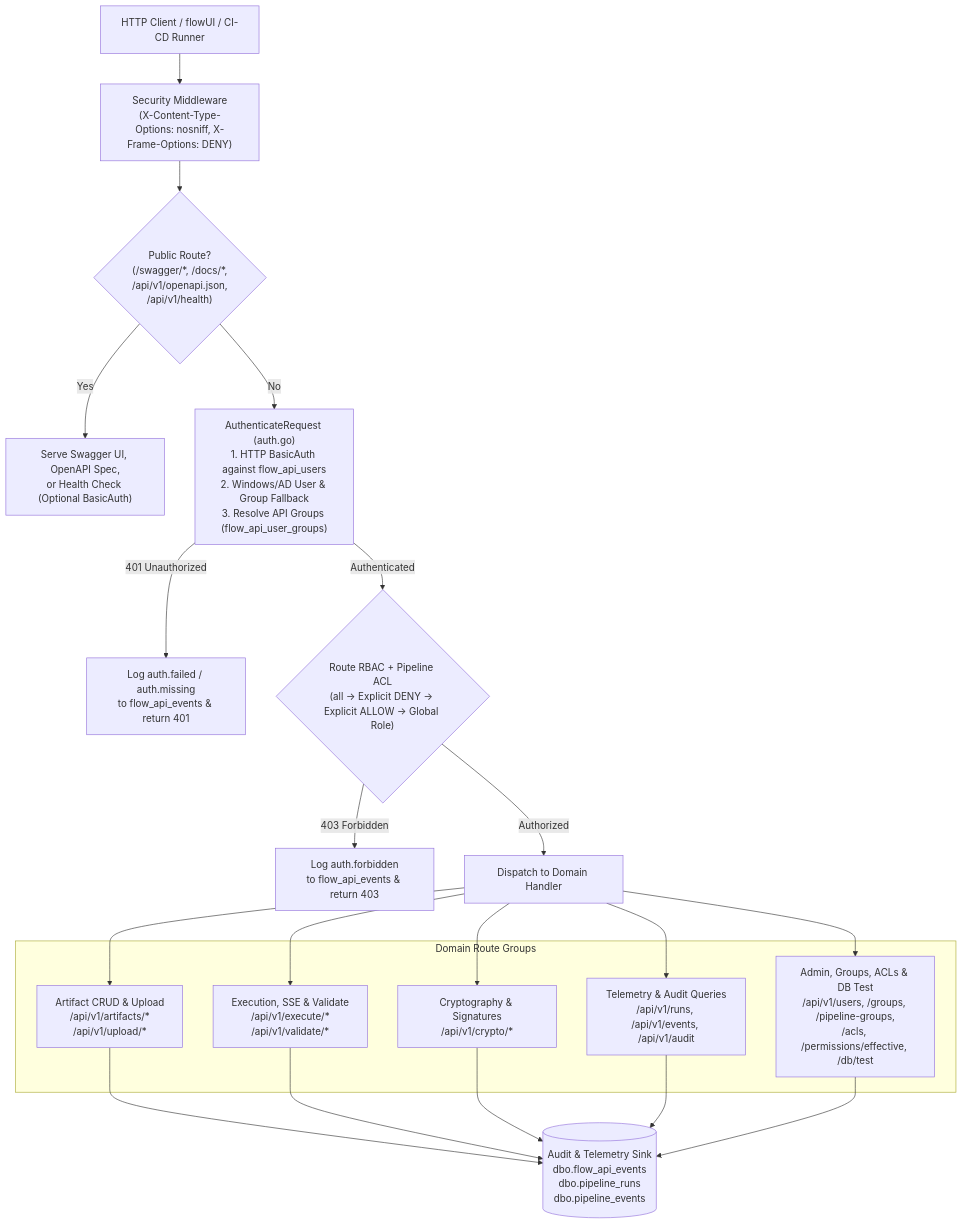
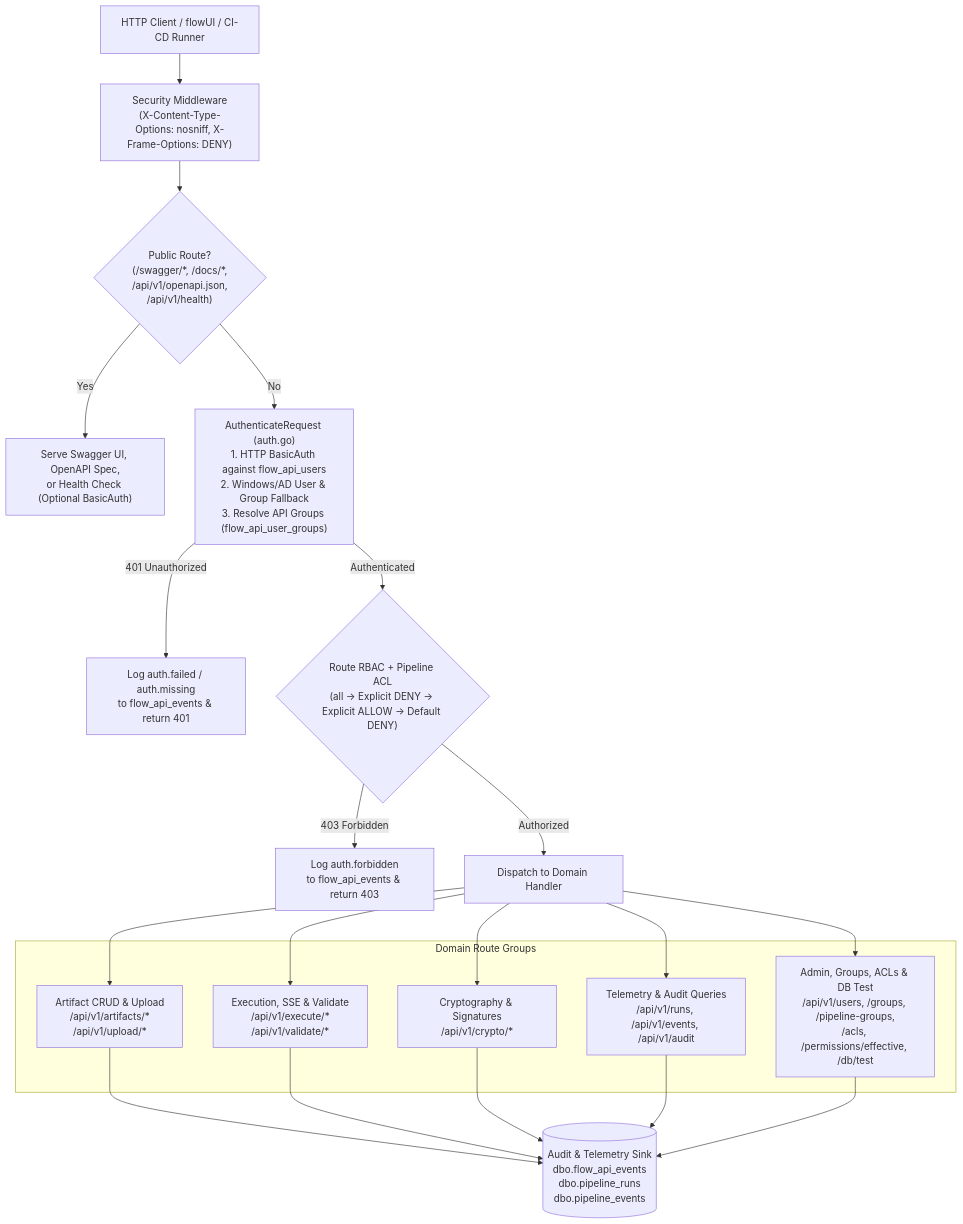
The first of 6 diagrams in docs/API_ENDPOINTS_REFERENCE.md (etl-madness/go-flowAPI), drawn with Mermaid before and after one commit. The commit also changed other lines of this file and 6 other files, not shown here.

````diff
--- a/docs/API_ENDPOINTS_REFERENCE.md
+++ b/docs/API_ENDPOINTS_REFERENCE.md
@@ -35,26 +35,26 @@
 ```mermaid
 flowchart TD
     CLIENT["HTTP Client / flowUI / CI-CD Runner"] --> MW["Security Middleware<br/>(X-Content-Type-Options: nosniff, X-Frame-Options: DENY)"]
 
     MW --> PUBLIC{"Public Route?<br/>(/swagger/*, /docs/*,<br/>/api/v1/openapi.json,<br/>/api/v1/health)"}
 
     PUBLIC -->|"Yes"| H_PUB["Serve Swagger UI, OpenAPI Spec,<br/>or Health Check (Optional BasicAuth)"]
     PUBLIC -->|"No"| AUTH["AuthenticateRequest (auth.go)<br/>1. HTTP BasicAuth against flow_api_users<br/>2. Windows/AD User &amp; Group Fallback<br/>3. Resolve API Groups (flow_api_user_groups)"]
 
     AUTH -->|"401 Unauthorized"| ERR401["Log auth.failed / auth.missing<br/>to flow_api_events &amp; return 401"]
-    AUTH -->|"Authenticated"| RBAC{"Route RBAC + Pipeline ACL<br/>(all -&gt; Explicit DENY -&gt; Explicit ALLOW -&gt; Global Role)"}
+    AUTH -->|"Authenticated"| RBAC{"Route RBAC + Pipeline ACL<br/>(all -&gt; Explicit DENY -&gt; Explicit ALLOW -&gt; Default DENY)"}
 
     RBAC -->|"403 Forbidden"| ERR403["Log auth.forbidden<br/>to flow_api_events &amp; return 403"]
     RBAC -->|"Authorized"| ROUTER["Dispatch to Domain Handler"]
 
     subgraph Handlers["Domain Route Groups"]
         R_ART["Artifact CRUD &amp; Upload<br/>/api/v1/artifacts/*<br/>/api/v1/upload/*"]
         R_EXEC["Execution, SSE &amp; Validate<br/>/api/v1/execute/*<br/>/api/v1/validate/*"]
         R_CRYPTO["Cryptography &amp; Signatures<br/>/api/v1/crypto/*"]
         R_LOGS["Telemetry &amp; Audit Queries<br/>/api/v1/runs, /api/v1/events, /api/v1/audit"]
         R_ADMIN["Admin, Groups, ACLs &amp; DB Test<br/>/api/v1/users, /groups, /pipeline-groups,<br/>/acls, /permissions/effective, /db/test"]
     end
 
     ROUTER --> R_ART & R_EXEC & R_CRYPTO & R_LOGS & R_ADMIN
     R_ART & R_EXEC & R_CRYPTO & R_LOGS & R_ADMIN --> AUDIT[("Audit &amp; Telemetry Sink<br/>dbo.flow_api_events<br/>dbo.pipeline_runs<br/>dbo.pipeline_events")]
 ```
````
